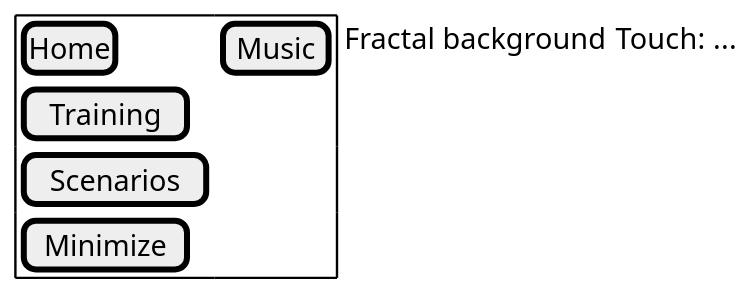
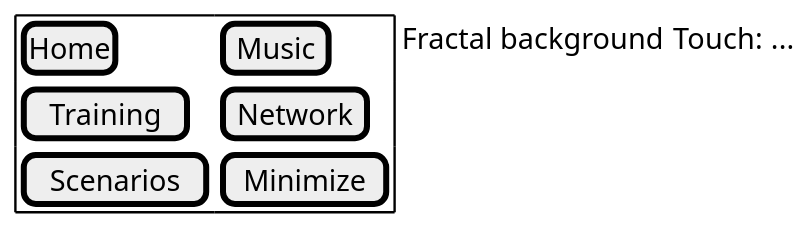
One commit to aortez/dirtsim changed the first of 2 diagrams in apps/src/ui/docs/src/screens/start-menu.md. Above: the diagram before and after it, drawn with PlantUML. The commit also changed 22 other files, not shown here.

````diff
--- a/apps/src/ui/docs/src/screens/start-menu.md
+++ b/apps/src/ui/docs/src/screens/start-menu.md
@@ -3,19 +3,18 @@
 ```plantuml
 @startsalt
 scale 1.6
 {
   {+
     [Home] | [Music]
-    [Training] | .
-    [Scenarios] | .
-    [Minimize] | .
+    [Training] | [Network]
+    [Scenarios] | [Minimize]
   } | {
     Fractal background
     .
   } | {
     Touch: ...
     .
   }
 }
 @endsalt
 ```
````
